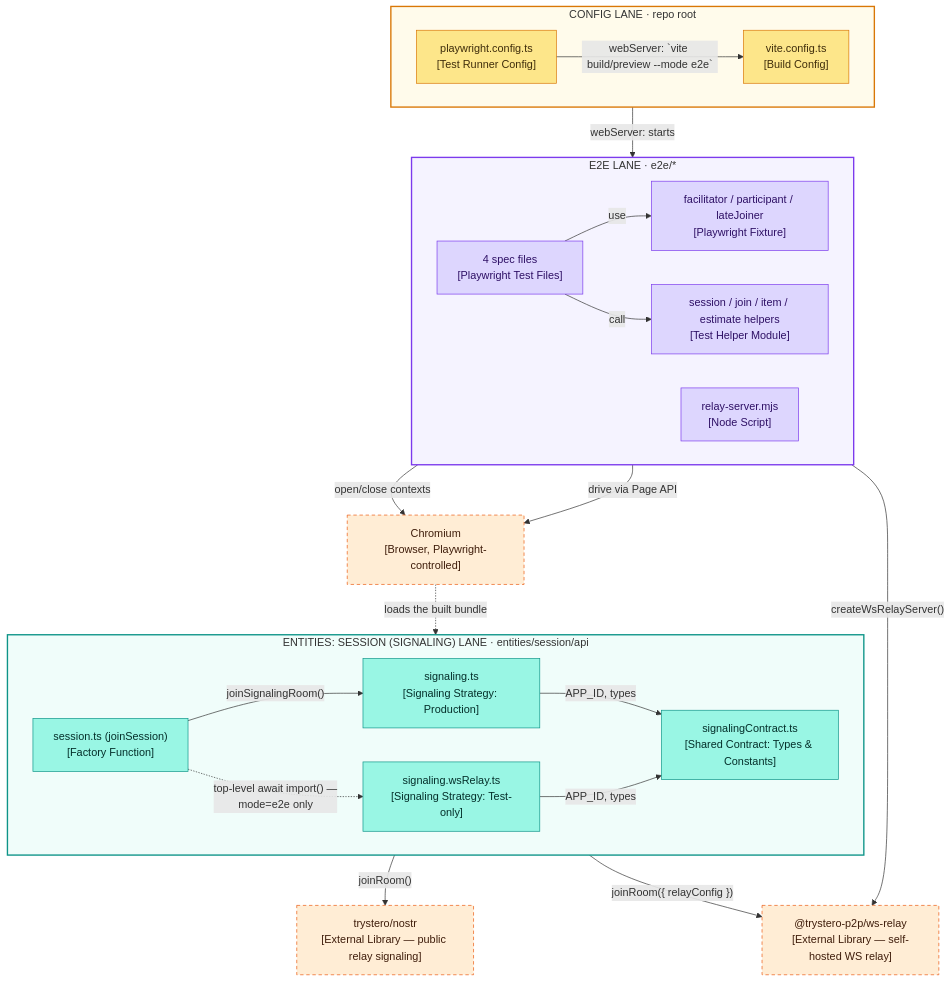
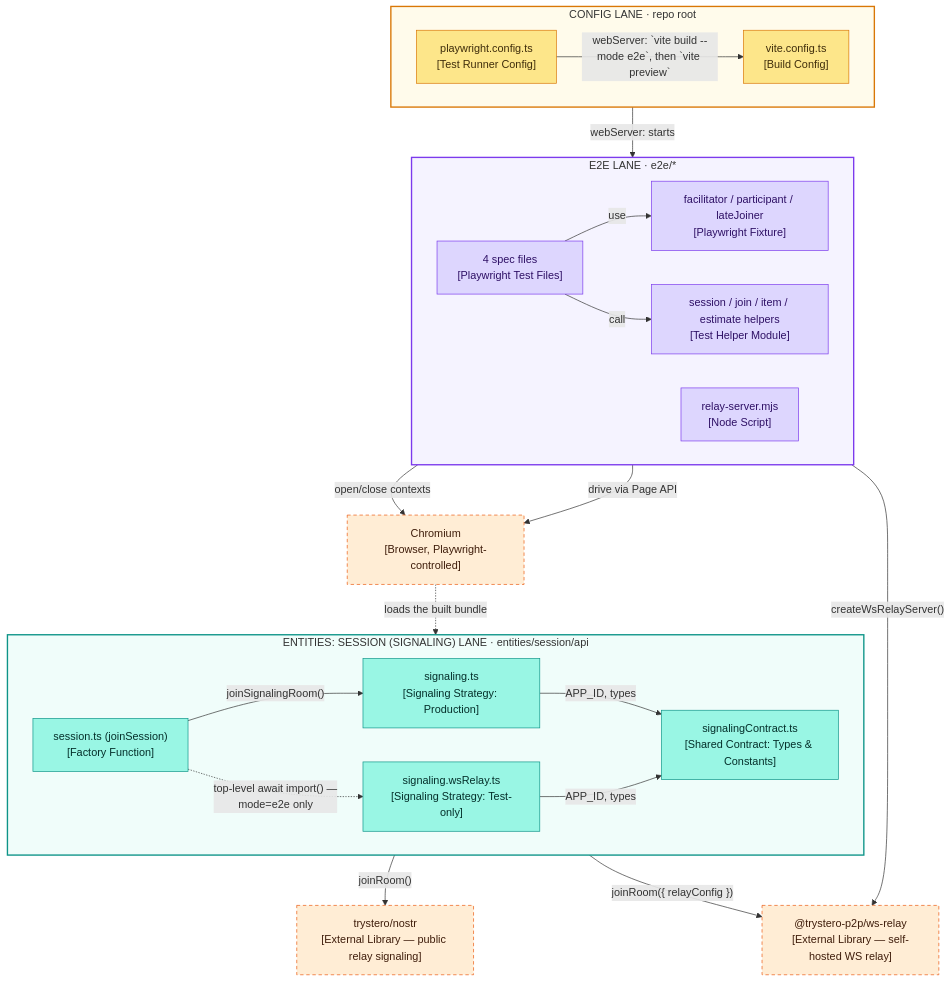
The first of 3 diagrams in docs/concepts/e2e-testing.md (cfisch3r/estimate), drawn with Mermaid before and after one commit. The commit also changed other lines of this file and 1 other file, not shown here.

Commit message:
chore: drop redundant --mode e2e from vite preview in e2e config

````diff
--- a/docs/concepts/e2e-testing.md
+++ b/docs/concepts/e2e-testing.md
@@ -20,57 +20,57 @@
 ```mermaid
 flowchart TD
   subgraph e2elane["E2E LANE · e2e/*"]
     direction LR
     Specs["4 spec files<br/>[Playwright Test Files]"]
     Fixtures["facilitator / participant / lateJoiner<br/>[Playwright Fixture]"]
     Helpers["session / join / item / estimate helpers<br/>[Test Helper Module]"]
     RelayScript["relay-server.mjs<br/>[Node Script]"]
   end
 
   subgraph configlane["CONFIG LANE · repo root"]
     direction LR
     PWConfig["playwright.config.ts<br/>[Test Runner Config]"]
     ViteConfig["vite.config.ts<br/>[Build Config]"]
   end
 
   subgraph signalinglane["ENTITIES: SESSION (SIGNALING) LANE · entities/session/api"]
     direction LR
     SessionFactory["session.ts (joinSession)<br/>[Factory Function]"]
     SigProd["signaling.ts<br/>[Signaling Strategy: Production]"]
     SigTest["signaling.wsRelay.ts<br/>[Signaling Strategy: Test-only]"]
     SigShared["signalingContract.ts<br/>[Shared Contract: Types & Constants]"]
   end
 
   WsRelayLib["@trystero-p2p/ws-relay<br/>[External Library — self-hosted WS relay]"]
   NostrLib["trystero/nostr<br/>[External Library — public relay signaling]"]
   Chromium["Chromium<br/>[Browser, Playwright-controlled]"]
 
   Specs -->|"use"| Fixtures
   Specs -->|"call"| Helpers
   Fixtures -->|"open/close contexts"| Chromium
   Helpers -->|"drive via Page API"| Chromium
   PWConfig -->|"webServer: starts"| RelayScript
-  PWConfig -->|"webServer: `vite build/preview --mode e2e`"| ViteConfig
+  PWConfig -->|"webServer: `vite build --mode e2e`, then `vite preview`"| ViteConfig
   RelayScript -->|"createWsRelayServer()"| WsRelayLib
   SessionFactory -.->|"top-level await import() —<br/>mode=e2e only"| SigTest
   SessionFactory -->|"joinSignalingRoom()"| SigProd
   SigProd -->|"APP_ID, types"| SigShared
   SigTest -->|"APP_ID, types"| SigShared
   SigProd -->|"joinRoom()"| NostrLib
   SigTest -->|"joinRoom({ relayConfig })"| WsRelayLib
   Chromium -.->|"loads the built bundle"| SessionFactory
 
   classDef e2e   fill:#DDD6FE,stroke:#7C3AED,color:#2E1065
   classDef cfg   fill:#FDE68A,stroke:#D97706,color:#3F2D0B
   classDef sig   fill:#99F6E4,stroke:#0D9488,color:#042F2A
   classDef ext   fill:#FFEDD5,stroke:#EA580C,color:#3F1D0B,stroke-dasharray:5 4
 
   class Specs,Fixtures,Helpers,RelayScript e2e
   class PWConfig,ViteConfig cfg
   class SessionFactory,SigProd,SigTest,SigShared sig
   class WsRelayLib,NostrLib,Chromium ext
 
   style e2elane fill:#F5F3FF,stroke:#7C3AED,stroke-width:2px
   style configlane fill:#FFFBEB,stroke:#D97706,stroke-width:2px
   style signalinglane fill:#F0FDFA,stroke:#0D9488,stroke-width:2px
 ```
````
